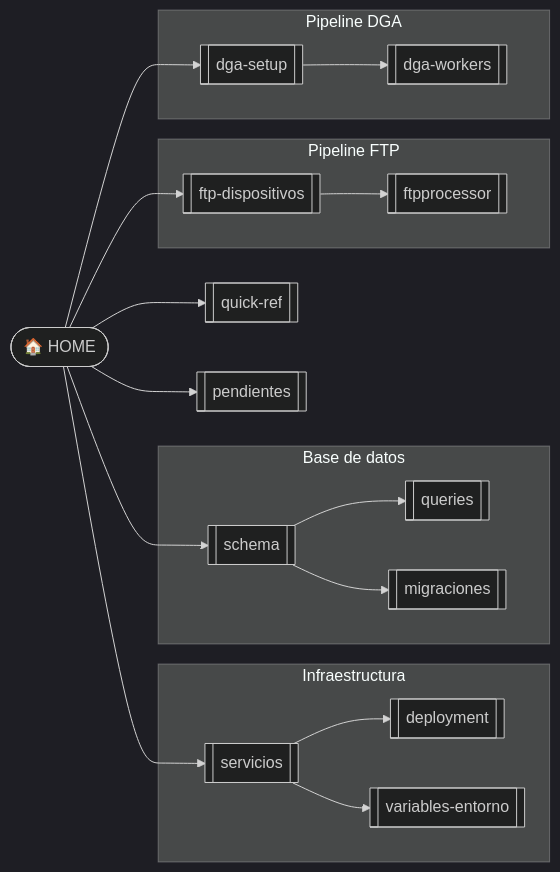
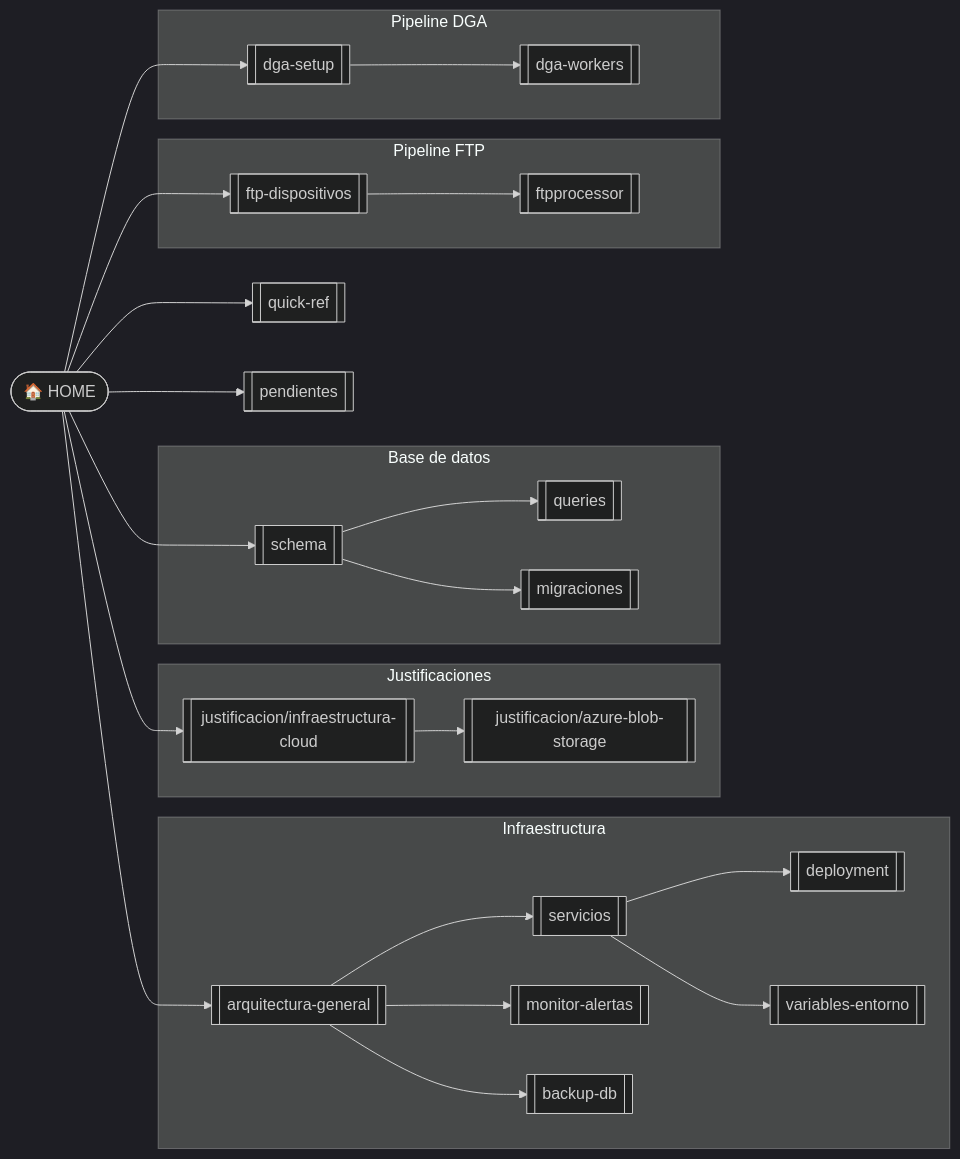
The first of 2 diagrams in docs/vault/HOME.md (druizd/emeltec3), drawn with Mermaid (dark theme) before and after one commit. The commit also changed other lines of this file and 38 other files, not shown here.

````diff
--- a/docs/vault/HOME.md
+++ b/docs/vault/HOME.md
@@ -15,43 +15,56 @@
 ```mermaid
 graph LR
     HOME([🏠 HOME])
 
     subgraph INFRA [Infraestructura]
+        ARQ[[arquitectura-general]]
         SVC[[servicios]]
         DEP[[deployment]]
         ENV[[variables-entorno]]
+        MON[[monitor-alertas]]
+        BCK[[backup-db]]
+    end
+
+    subgraph JUS [Justificaciones]
+        JI[[justificacion/infraestructura-cloud]]
+        JB[[justificacion/azure-blob-storage]]
     end
 
     subgraph DB [Base de datos]
         SCH[[schema]]
         QRY[[queries]]
         MIG[[migraciones]]
     end
 
     subgraph FTP [Pipeline FTP]
         FD[[ftp-dispositivos]]
         FP[[ftpprocessor]]
     end
 
     subgraph DGA [Pipeline DGA]
         DS[[dga-setup]]
         DW[[dga-workers]]
     end
 
     REF[[quick-ref]]
     PEN[[pendientes]]
 
-    HOME --> SVC
+    HOME --> ARQ
+    HOME --> JI
     HOME --> SCH
     HOME --> FD
     HOME --> DS
     HOME --> REF
     HOME --> PEN
 
+    ARQ --> SVC
+    ARQ --> MON
+    ARQ --> BCK
+    JI --> JB
     SVC --> DEP
     SVC --> ENV
     SCH --> QRY
     SCH --> MIG
     FD --> FP
     DS --> DW
 ```
````
